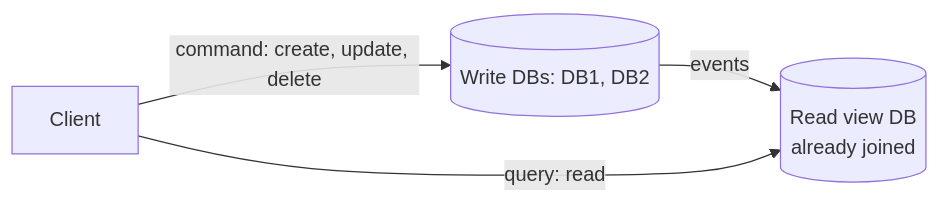
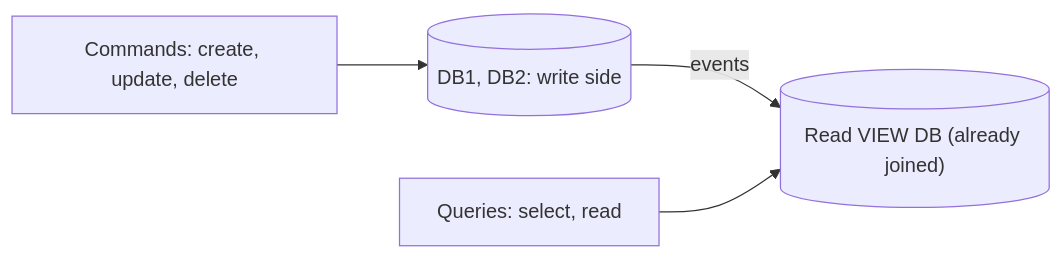
Diagram 13 of 13 in HLD/03_04_Microservices_Design_Patterns_Notes.md (notnotnithin/System-Design-Notes), drawn with Mermaid before and after one commit. The commit also changed other lines of this file and 80 other files, not shown here.

````diff
--- a/HLD/03_04_Microservices_Design_Patterns_Notes.md
+++ b/HLD/03_04_Microservices_Design_Patterns_Notes.md
@@ -309,6 +330,6 @@
 ```mermaid
 graph LR
-  CL["Client"] -->|"command: create, update, delete"| W[("Write DBs: DB1, DB2")]
-  W -->|"events"| V[("Read view DB<br/>already joined")]
-  CL -->|"query: read"| V
+  C["Commands: create, update, delete"] --> W[("DB1, DB2: write side")]
+  W -->|"events"| V[("Read VIEW DB (already joined)")]
+  Q["Queries: select, read"] --> V
 ```
````
